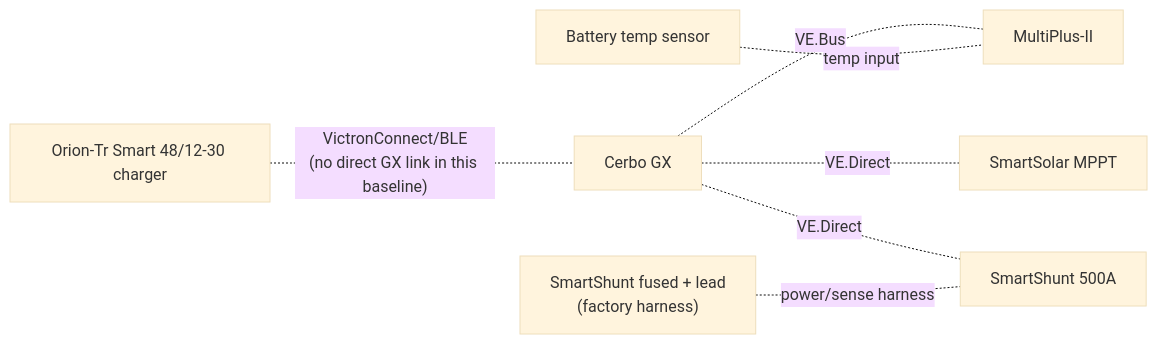
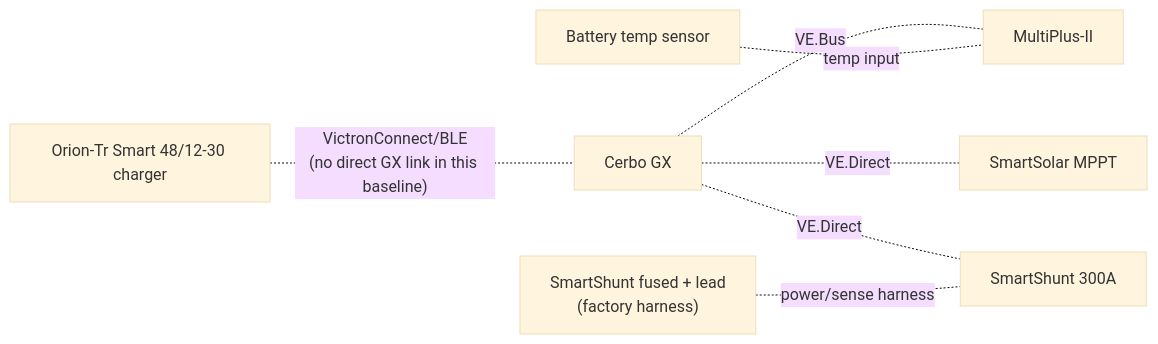
One commit to DataDaneDev/HiatusBuild changed the fourth of 4 diagrams in docs/ELECTRICAL_overview_diagram.md. Above: the diagram before and after it, drawn with Mermaid (base theme). The commit also changed other lines of this file and 12 other files, not shown here.

````diff
--- a/docs/ELECTRICAL_overview_diagram.md
+++ b/docs/ELECTRICAL_overview_diagram.md
@@ -256,17 +256,17 @@
 ```mermaid
 flowchart LR
     CERBO["Cerbo GX"]
     MULTI["MultiPlus-II"]
     MPPT["SmartSolar MPPT"]
-    SHUNT["SmartShunt 500A"]
+    SHUNT["SmartShunt 300A"]
     ORION["Orion-Tr Smart 48/12-30 charger"]
     BTEMP["Battery temp sensor"]
     SHUNT_PWR["SmartShunt fused + lead\n(factory harness)"]
 
     CERBO -. "VE.Bus" .- MULTI
     CERBO -. "VE.Direct" .- MPPT
     CERBO -. "VE.Direct" .- SHUNT
     ORION -. "VictronConnect/BLE\n(no direct GX link in this baseline)" .- CERBO
     BTEMP -. "temp input" .- MULTI
     SHUNT_PWR -. "power/sense harness" .- SHUNT
 ```
````
